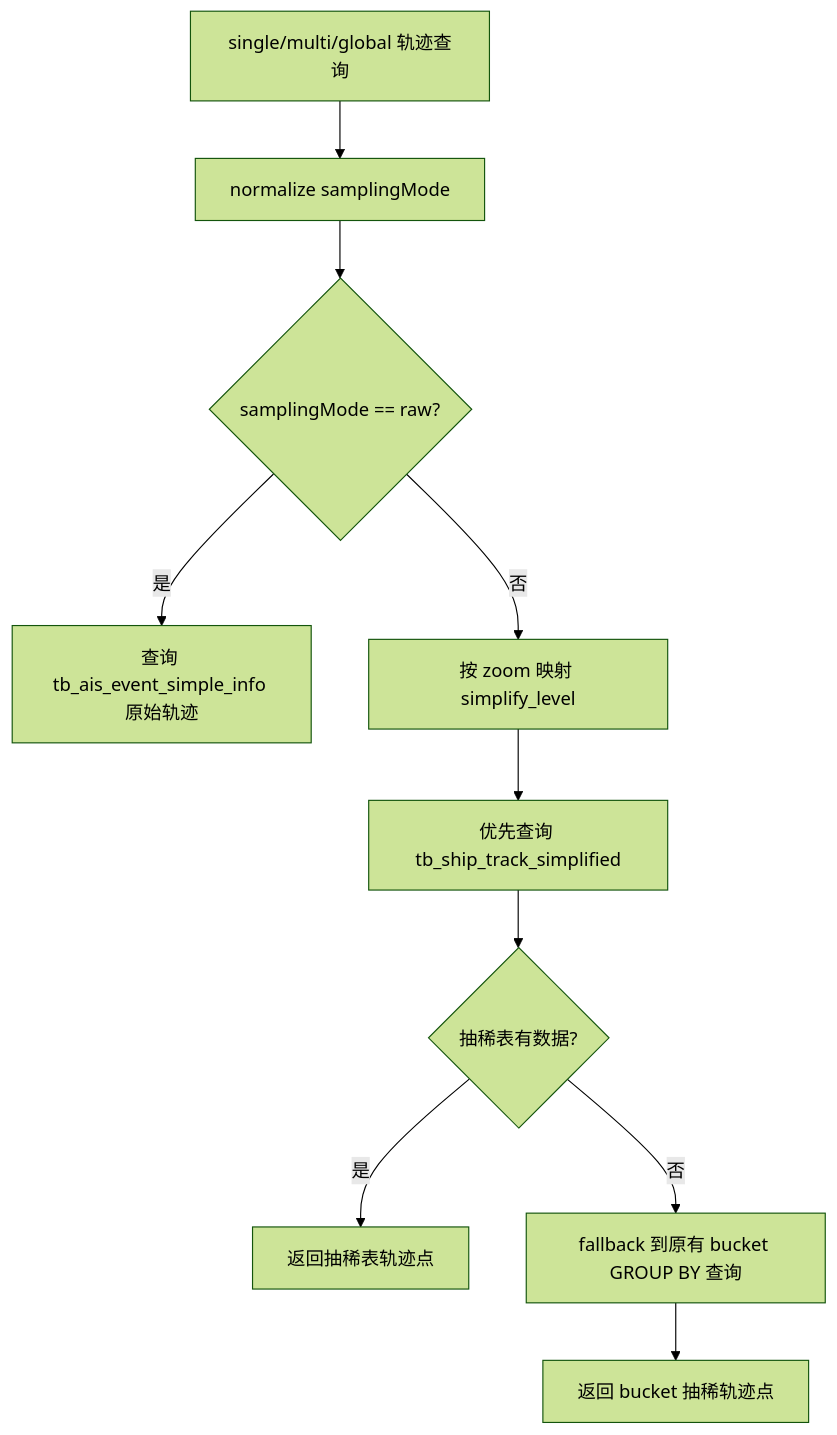
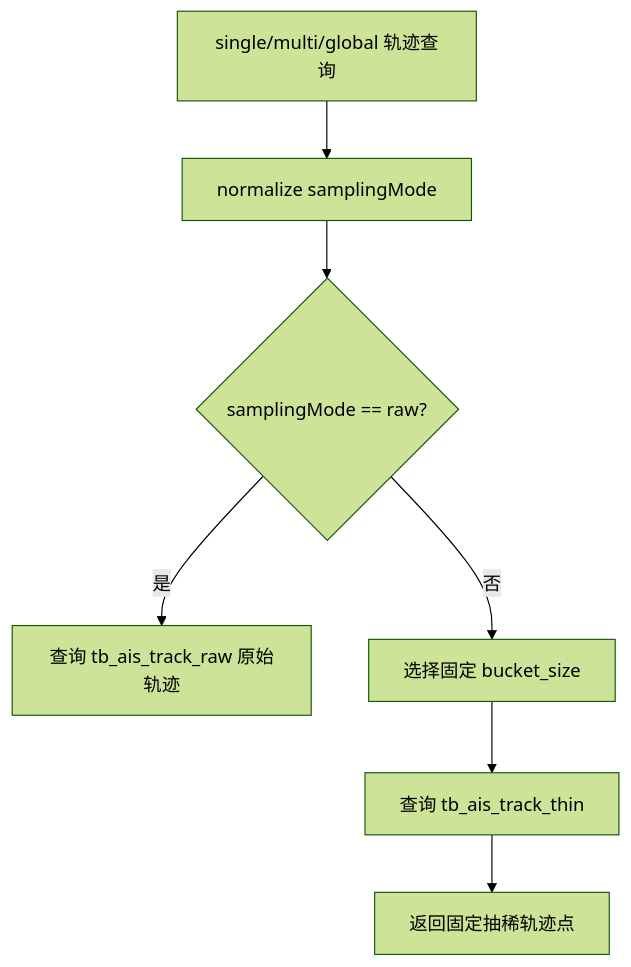
One commit to yuqiangdede/testTrack changed the fourth of 19 diagrams in docs/API_FLOW.md. Above: the diagram before and after it, drawn with Mermaid (forest theme). The commit also changed other lines of this file and 24 other files, not shown here.

````diff
--- a/docs/API_FLOW.md
+++ b/docs/API_FLOW.md
@@ -71,12 +65,9 @@
 ```mermaid
 flowchart TD
   A["single/multi/global 轨迹查询"] --> B["normalize samplingMode"]
   B --> C{"samplingMode == raw?"}
-  C -->|是| D["查询 tb_ais_event_simple_info 原始轨迹"]
-  C -->|否| E["按 zoom 映射 simplify_level"]
-  E --> F["优先查询 tb_ship_track_simplified"]
-  F --> G{"抽稀表有数据?"}
-  G -->|是| H["返回抽稀表轨迹点"]
-  G -->|否| I["fallback 到原有 bucket GROUP BY 查询"]
-  I --> J["返回 bucket 抽稀轨迹点"]
+  C -->|是| D["查询 tb_ais_track_raw 原始轨迹"]
+  C -->|否| E["选择固定 bucket_size"]
+  E --> F["查询 tb_ais_track_thin"]
+  F --> G["返回固定抽稀轨迹点"]
 ```
````
